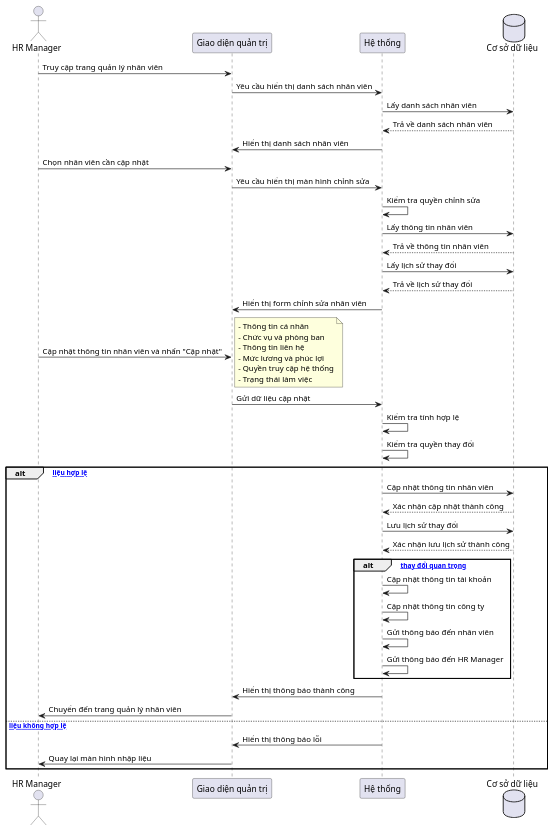
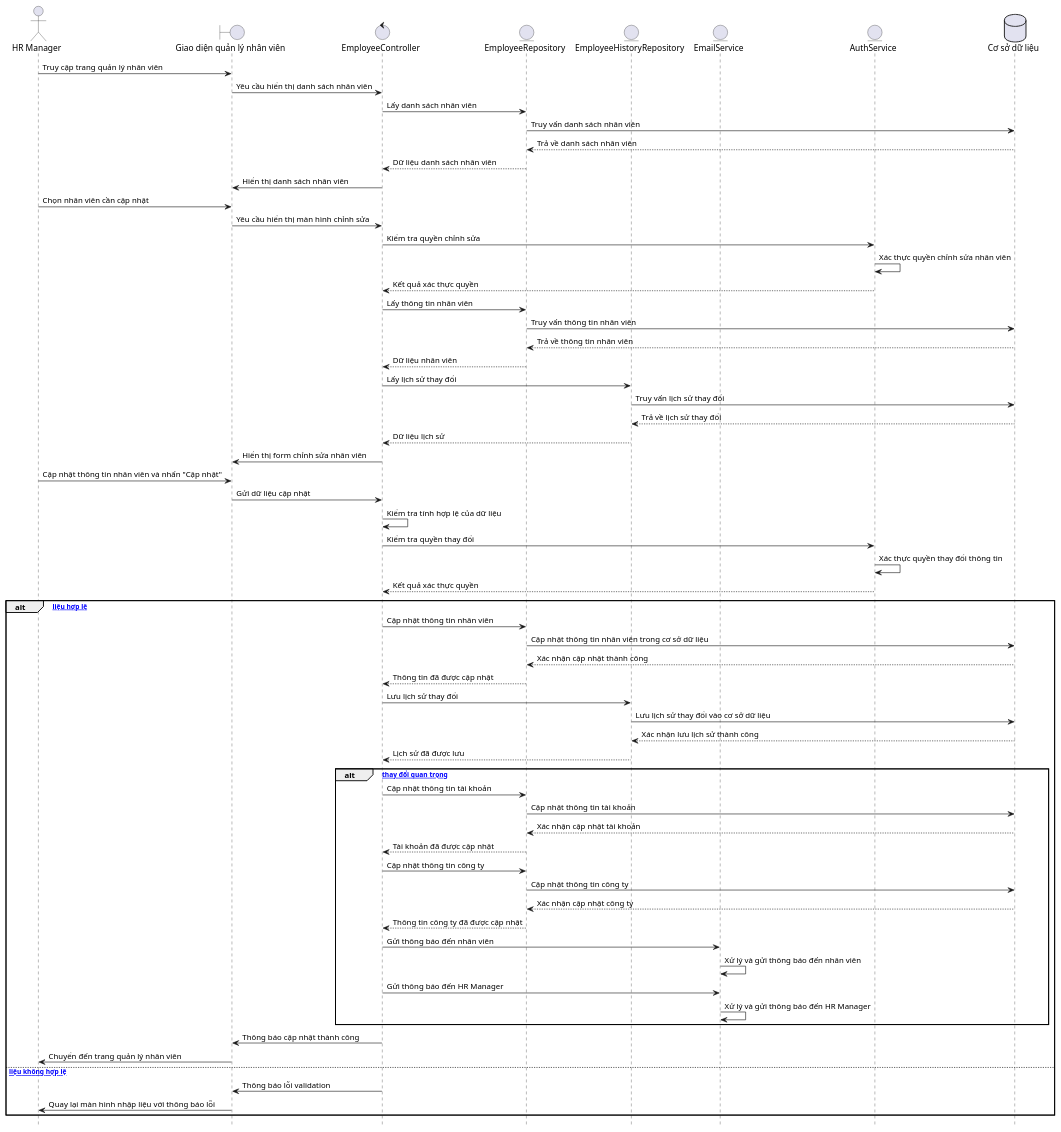
One commit to felix-253/TechLeet-server changed the diagram in sequence/UC-13/UC-13-simple-sequence.wsd. Above: the diagram before and after it, drawn with PlantUML. The commit also changed 20 other files, not shown here.

Commit message:
document: flow screen cv and suggest cv

```diff
--- a/sequence/UC-13/UC-13-simple-sequence.wsd
+++ b/sequence/UC-13/UC-13-simple-sequence.wsd
@@ -1,57 +1,82 @@
-@startuml UC-013: Cập nhật thông tin nhân viên
+@startuml UC-13: Cập nhật thông tin nhân viên
+hide footbox
+skinparam ParticipantPadding 10
+skinparam BoxPadding 5
 
-actor "HR Manager" as HR
-participant "Giao diện quản trị" as FE
-participant "Hệ thống" as System
-database "Cơ sở dữ liệu" as DB
+actor "HR Manager" as HRManager
+boundary "Giao diện quản lý nhân viên" as EmployeeUI
+control "EmployeeController" as EmployeeController
+entity "EmployeeRepository" as EmployeeRepo
+entity "EmployeeHistoryRepository" as EmployeeHistoryRepo
+entity "EmailService" as EmailService
+entity "AuthService" as AuthService
+database "Cơ sở dữ liệu" as Database
 
-HR -> FE: Truy cập trang quản lý nhân viên
-FE -> System: Yêu cầu hiển thị danh sách nhân viên
-System -> DB: Lấy danh sách nhân viên
-DB --> System: Trả về danh sách nhân viên
-System -> FE: Hiển thị danh sách nhân viên
+HRManager -> EmployeeUI: Truy cập trang quản lý nhân viên
+EmployeeUI -> EmployeeController: Yêu cầu hiển thị danh sách nhân viên
+EmployeeController -> EmployeeRepo: Lấy danh sách nhân viên
+EmployeeRepo -> Database: Truy vấn danh sách nhân viên
+Database --> EmployeeRepo: Trả về danh sách nhân viên
+EmployeeRepo --> EmployeeController: Dữ liệu danh sách nhân viên
+EmployeeController -> EmployeeUI: Hiển thị danh sách nhân viên
 
-HR -> FE: Chọn nhân viên cần cập nhật
-FE -> System: Yêu cầu hiển thị màn hình chỉnh sửa
-System -> System: Kiểm tra quyền chỉnh sửa
-System -> DB: Lấy thông tin nhân viên
-DB --> System: Trả về thông tin nhân viên
-System -> DB: Lấy lịch sử thay đổi
-DB --> System: Trả về lịch sử thay đổi
-System -> FE: Hiển thị form chỉnh sửa nhân viên
+HRManager -> EmployeeUI: Chọn nhân viên cần cập nhật
+EmployeeUI -> EmployeeController: Yêu cầu hiển thị màn hình chỉnh sửa
+EmployeeController -> AuthService: Kiểm tra quyền chỉnh sửa
+AuthService -> AuthService: Xác thực quyền chỉnh sửa nhân viên
+AuthService --> EmployeeController: Kết quả xác thực quyền
+EmployeeController -> EmployeeRepo: Lấy thông tin nhân viên
+EmployeeRepo -> Database: Truy vấn thông tin nhân viên
+Database --> EmployeeRepo: Trả về thông tin nhân viên
+EmployeeRepo --> EmployeeController: Dữ liệu nhân viên
 
-HR -> FE: Cập nhật thông tin nhân viên và nhấn "Cập nhật"
-note right
-  - Thông tin cá nhân
-  - Chức vụ và phòng ban
-  - Thông tin liên hệ
-  - Mức lương và phúc lợi
-  - Quyền truy cập hệ thống
-  - Trạng thái làm việc
-end note
+EmployeeController -> EmployeeHistoryRepo: Lấy lịch sử thay đổi
+EmployeeHistoryRepo -> Database: Truy vấn lịch sử thay đổi
+Database --> EmployeeHistoryRepo: Trả về lịch sử thay đổi
+EmployeeHistoryRepo --> EmployeeController: Dữ liệu lịch sử
+EmployeeController -> EmployeeUI: Hiển thị form chỉnh sửa nhân viên
 
-FE -> System: Gửi dữ liệu cập nhật
-System -> System: Kiểm tra tính hợp lệ
-System -> System: Kiểm tra quyền thay đổi
+HRManager -> EmployeeUI: Cập nhật thông tin nhân viên và nhấn "Cập nhật"
+
+EmployeeUI -> EmployeeController: Gửi dữ liệu cập nhật
+EmployeeController -> EmployeeController: Kiểm tra tính hợp lệ của dữ liệu
+EmployeeController -> AuthService: Kiểm tra quyền thay đổi
+AuthService -> AuthService: Xác thực quyền thay đổi thông tin
+AuthService --> EmployeeController: Kết quả xác thực quyền
 
 alt [Dữ liệu hợp lệ]
-    System -> DB: Cập nhật thông tin nhân viên
-    DB --> System: Xác nhận cập nhật thành công
-    System -> DB: Lưu lịch sử thay đổi
-    DB --> System: Xác nhận lưu lịch sử thành công
+    EmployeeController -> EmployeeRepo: Cập nhật thông tin nhân viên
+    EmployeeRepo -> Database: Cập nhật thông tin nhân viên trong cơ sở dữ liệu
+    Database --> EmployeeRepo: Xác nhận cập nhật thành công
+    EmployeeRepo --> EmployeeController: Thông tin đã được cập nhật
+    
+    EmployeeController -> EmployeeHistoryRepo: Lưu lịch sử thay đổi
+    EmployeeHistoryRepo -> Database: Lưu lịch sử thay đổi vào cơ sở dữ liệu
+    Database --> EmployeeHistoryRepo: Xác nhận lưu lịch sử thành công
+    EmployeeHistoryRepo --> EmployeeController: Lịch sử đã được lưu
     
     alt [Có thay đổi quan trọng]
-        System -> System: Cập nhật thông tin tài khoản
-        System -> System: Cập nhật thông tin công ty
-        System -> System: Gửi thông báo đến nhân viên
-        System -> System: Gửi thông báo đến HR Manager
+        EmployeeController -> EmployeeRepo: Cập nhật thông tin tài khoản
+        EmployeeRepo -> Database: Cập nhật thông tin tài khoản
+        Database --> EmployeeRepo: Xác nhận cập nhật tài khoản
+        EmployeeRepo --> EmployeeController: Tài khoản đã được cập nhật
+        
+        EmployeeController -> EmployeeRepo: Cập nhật thông tin công ty
+        EmployeeRepo -> Database: Cập nhật thông tin công ty
+        Database --> EmployeeRepo: Xác nhận cập nhật công ty
+        EmployeeRepo --> EmployeeController: Thông tin công ty đã được cập nhật
+        
+        EmployeeController -> EmailService: Gửi thông báo đến nhân viên
+        EmailService -> EmailService: Xử lý và gửi thông báo đến nhân viên
+        EmployeeController -> EmailService: Gửi thông báo đến HR Manager
+        EmailService -> EmailService: Xử lý và gửi thông báo đến HR Manager
     end
     
-    System -> FE: Hiển thị thông báo thành công
-    FE -> HR: Chuyển đến trang quản lý nhân viên
+    EmployeeController -> EmployeeUI: Thông báo cập nhật thành công
+    EmployeeUI -> HRManager: Chuyển đến trang quản lý nhân viên
 else [Dữ liệu không hợp lệ]
-    System -> FE: Hiển thị thông báo lỗi
-    FE -> HR: Quay lại màn hình nhập liệu
+    EmployeeController -> EmployeeUI: Thông báo lỗi validation
+    EmployeeUI -> HRManager: Quay lại màn hình nhập liệu với thông báo lỗi
 end
 
 @enduml
```
